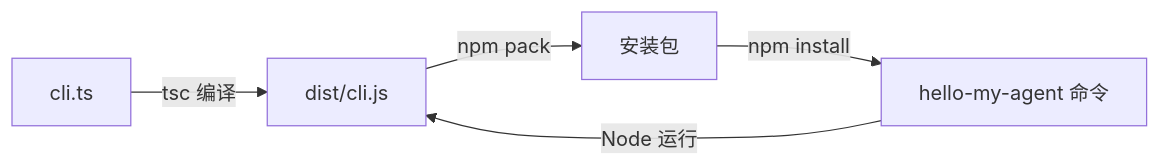
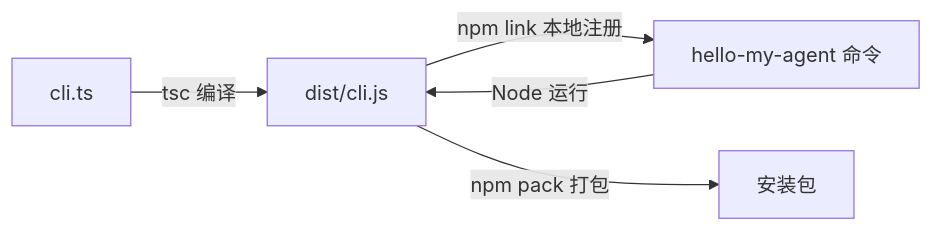
Before and after one commit to sherlockmen/hello-my-agent: the diagram in chapter-01-first-command/README.md, drawn with Mermaid. The commit also changed other lines of this file and 7 other files, not shown here.

````diff
--- a/chapter-01-first-command/README.md
+++ b/chapter-01-first-command/README.md
@@ -28,7 +27,7 @@
 ```mermaid
 flowchart LR
   A[cli.ts] -->|tsc 编译| B[dist/cli.js]
-  B -->|npm pack| C[安装包]
-  C -->|npm install| D[hello-my-agent 命令]
-  D -->|Node 运行| B
+  B -->|npm link 本地注册| C[hello-my-agent 命令]
+  C -->|Node 运行| B
+  B -->|npm pack 打包| D[安装包]
 ```
````
